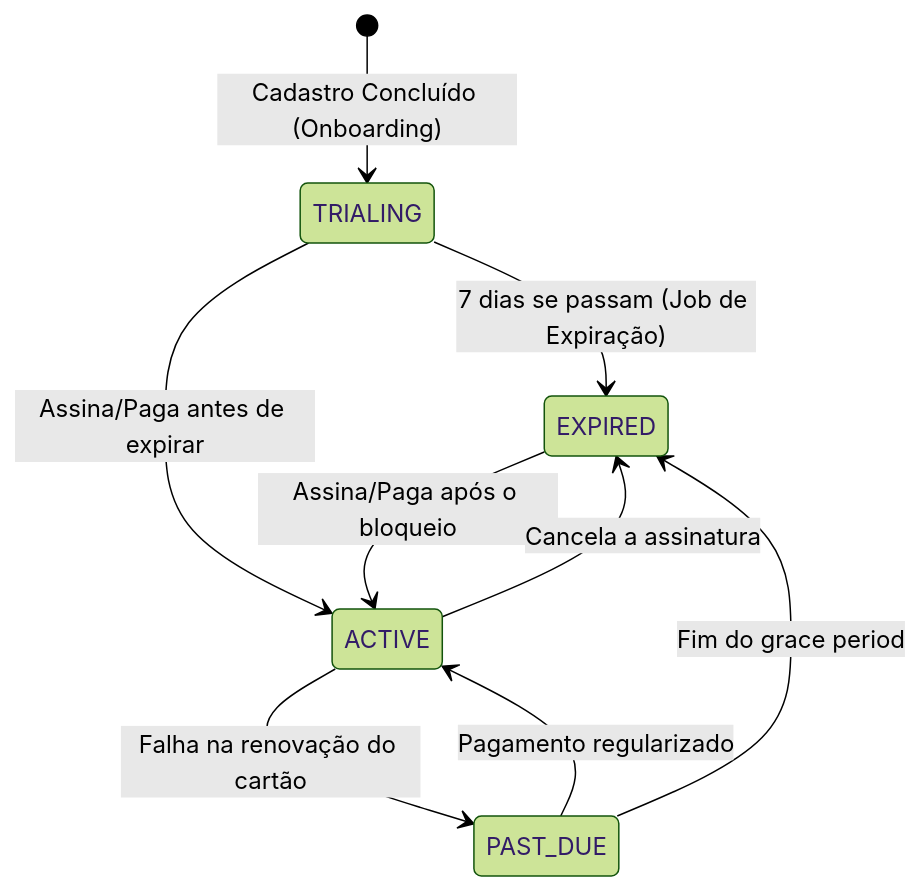
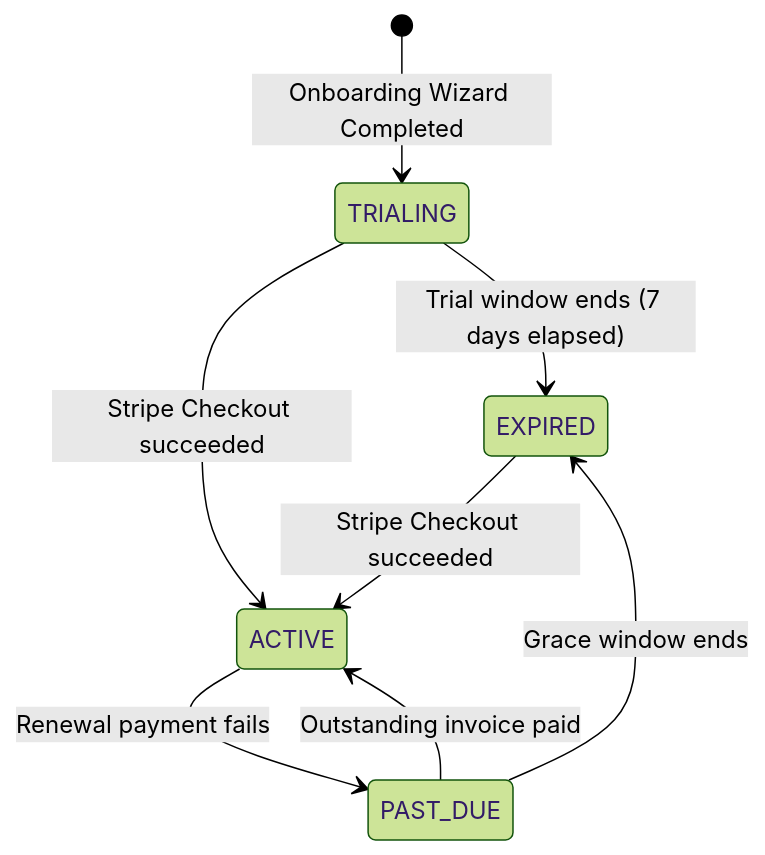
The diagram in docs/flows/billing-and-trial-flow.md (takeseat/fila), drawn with Mermaid (forest theme) before and after one commit. The commit also changed other lines of this file and 58 other files, not shown here.

````diff
--- a/docs/flows/billing-and-trial-flow.md
+++ b/docs/flows/billing-and-trial-flow.md
@@ -13,15 +11,10 @@
 ```mermaid
 stateDiagram-v2
-    [*] --> TRIALING: Cadastro Concluído (Onboarding)
-    
-    TRIALING --> EXPIRED: 7 dias se passam (Job de Expiração)
-    TRIALING --> ACTIVE: Assina/Paga antes de expirar
-    
-    EXPIRED --> ACTIVE: Assina/Paga após o bloqueio
-    
-    ACTIVE --> PAST_DUE: Falha na renovação do cartão
-    ACTIVE --> EXPIRED: Cancela a assinatura
-    
-    PAST_DUE --> ACTIVE: Pagamento regularizado
-    PAST_DUE --> EXPIRED: Fim do grace period
+    [*] --> TRIALING : Onboarding Wizard Completed
+    TRIALING --> EXPIRED : Trial window ends (7 days elapsed)
+    TRIALING --> ACTIVE : Stripe Checkout succeeded
+    EXPIRED --> ACTIVE : Stripe Checkout succeeded
+    ACTIVE --> PAST_DUE : Renewal payment fails
+    PAST_DUE --> ACTIVE : Outstanding invoice paid
+    PAST_DUE --> EXPIRED : Grace window ends
 ```
````
